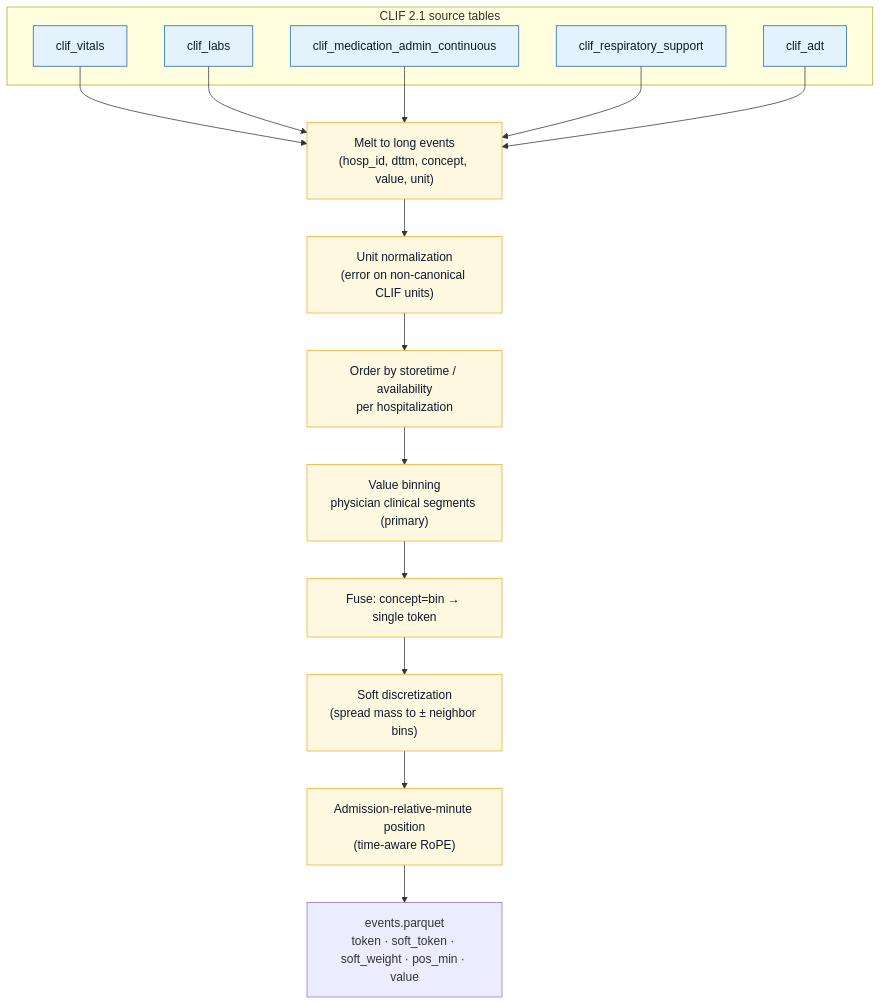
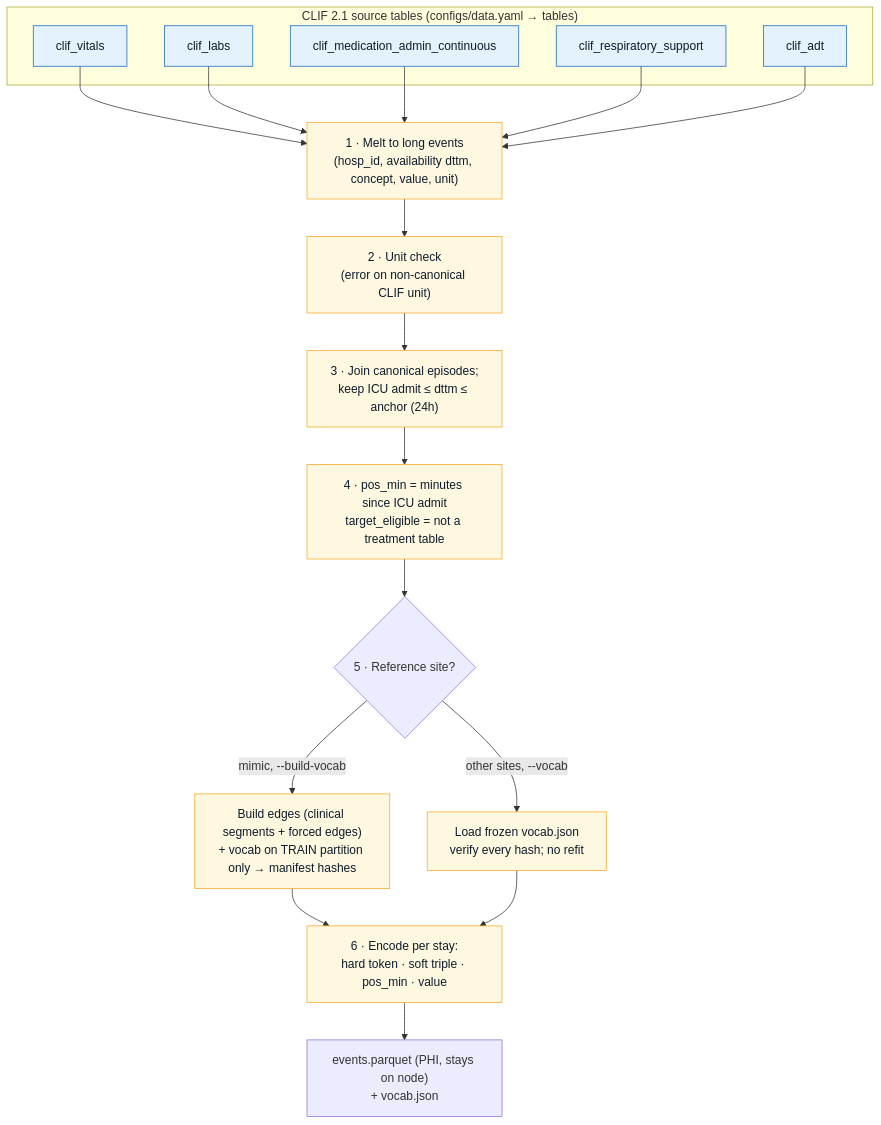
One commit to sajor2000/clifatron2.0 changed the first of 4 diagrams in website/docs/data-tokenization.md. Above: the diagram before and after it, drawn with Mermaid. The commit also changed other lines of this file and 37 other files, not shown here.

````diff
--- a/website/docs/data-tokenization.md
+++ b/website/docs/data-tokenization.md
@@ -22,23 +40,24 @@
 ```mermaid
 flowchart TB
-    subgraph SRC["CLIF 2.1 source tables"]
+    subgraph SRC["CLIF 2.1 source tables (configs/data.yaml → tables)"]
         V["clif_vitals"]
         L["clif_labs"]
         M["clif_medication_admin_continuous"]
         RS["clif_respiratory_support"]
         ADT["clif_adt"]
     end
-    V & L & M & RS & ADT --> MELT["Melt to long events<br/>(hosp_id, dttm, concept, value, unit)"]
-    MELT --> UNIT["Unit normalization<br/>(error on non-canonical CLIF units)"]
-    UNIT --> ORDER["Order by storetime / availability<br/>per hospitalization"]
-    ORDER --> BIN["Value binning<br/>physician clinical segments (primary)"]
-    BIN --> FUSE["Fuse: concept=bin → single token"]
-    FUSE --> SOFT["Soft discretization<br/>(spread mass to ± neighbor bins)"]
-    SOFT --> ROPE["Admission-relative-minute position<br/>(time-aware RoPE)"]
-    ROPE --> OUT["events.parquet<br/>token · soft_token · soft_weight · pos_min · value"]
+    V & L & M & RS & ADT --> MELT["1 · Melt to long events<br/>(hosp_id, availability dttm, concept, value, unit)"]
+    MELT --> UNIT["2 · Unit check<br/>(error on non-canonical CLIF unit)"]
+    UNIT --> WIN["3 · Join canonical episodes;<br/>keep ICU admit ≤ dttm ≤ anchor (24h)"]
+    WIN --> POS["4 · pos_min = minutes since ICU admit<br/>target_eligible = not a treatment table"]
+    POS --> VOC{"5 · Reference site?"}
+    VOC -->|"mimic, --build-vocab"| BUILD["Build edges (clinical segments + forced edges)<br/>+ vocab on TRAIN partition only → manifest hashes"]
+    VOC -->|"other sites, --vocab"| LOAD["Load frozen vocab.json<br/>verify every hash; no refit"]
+    BUILD & LOAD --> ENC["6 · Encode per stay:<br/>hard token · soft triple · pos_min · value"]
+    ENC --> OUT["events.parquet (PHI, stays on node)<br/>+ vocab.json"]
 
     classDef src fill:#e3f2fd,stroke:#1565c0,color:#0d1b2a;
     classDef step fill:#fff8e1,stroke:#f9a825,color:#0d1b2a;
     class V,L,M,RS,ADT src;
-    class MELT,UNIT,ORDER,BIN,FUSE,SOFT,ROPE step;
+    class MELT,UNIT,WIN,POS,BUILD,LOAD,ENC step;
 ```
````
